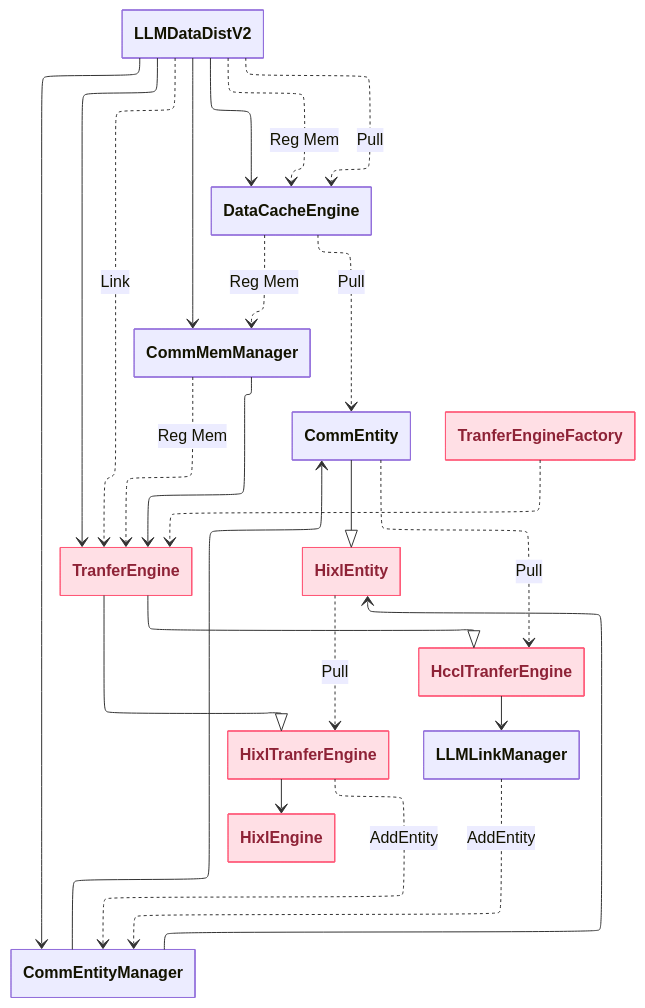
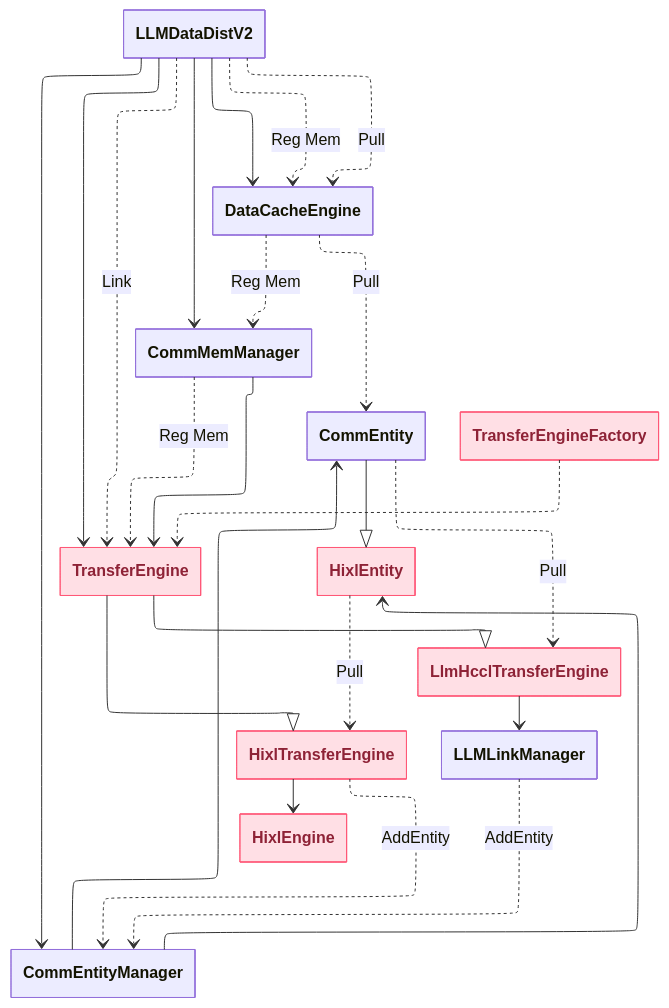
The second of 6 diagrams in docs/zh/design/LLM-DataDist支持hixl传输后端.md (hicann/hixl), drawn with Mermaid before and after one commit. The commit also changed other lines of this file and 53 other files, not shown here.

````diff
--- a/docs/zh/design/LLM-DataDist支持hixl传输后端.md
+++ b/docs/zh/design/LLM-DataDist支持hixl传输后端.md
@@ -170,45 +170,45 @@
 ```mermaid
 ---
 config:
   class:
     hideEmptyMembersBox: true
   theme: default
   layout: elk
 ---
 classDiagram
 direction TB
-    LLMDataDistV2 --> TranferEngine
+    LLMDataDistV2 --> TransferEngine
     LLMDataDistV2 --> DataCacheEngine
     LLMDataDistV2 --> CommEntityManager
     CommEntityManager --> CommEntity
     CommEntityManager --> HixlEntity
     LLMDataDistV2 --> CommMemManager
-    CommMemManager --> TranferEngine
-    TranferEngineFactory ..> TranferEngine
-    TranferEngine --|> HcclTranferEngine
-    TranferEngine --|> HixlTranferEngine
-    HcclTranferEngine --> LLMLinkManager
-    HixlTranferEngine --> HixlEngine
+    CommMemManager --> TransferEngine
+    TransferEngineFactory ..> TransferEngine
+    TransferEngine --|> LlmHcclTransferEngine
+    TransferEngine --|> HixlTransferEngine
+    LlmHcclTransferEngine --> LLMLinkManager
+    HixlTransferEngine --> HixlEngine
     CommEntity --|> HixlEntity
     LLMDataDistV2 ..> DataCacheEngine : Reg Mem
     DataCacheEngine ..> CommMemManager : Reg Mem
-    CommMemManager ..> TranferEngine : Reg Mem
-    LLMDataDistV2 ..> TranferEngine : Link
-    HixlTranferEngine ..> CommEntityManager : AddEntity
+    CommMemManager ..> TransferEngine : Reg Mem
+    LLMDataDistV2 ..> TransferEngine : Link
+    HixlTransferEngine ..> CommEntityManager : AddEntity
     LLMLinkManager ..> CommEntityManager : AddEntity
     LLMDataDistV2 ..> DataCacheEngine : Pull
     DataCacheEngine ..> CommEntity : Pull
-    CommEntity ..> HcclTranferEngine : Pull
-    HixlEntity ..> HixlTranferEngine : Pull
+    CommEntity ..> LlmHcclTransferEngine : Pull
+    HixlEntity ..> HixlTransferEngine : Pull
 
 	class HixlEntity:::Rose
-	class TranferEngine:::Rose
-	class HcclTranferEngine:::Rose
-	class TranferEngineFactory:::Rose
-	class HixlTranferEngine:::Rose
+	class TransferEngine:::Rose
+	class LlmHcclTransferEngine:::Rose
+	class TransferEngineFactory:::Rose
+	class HixlTransferEngine:::Rose
 	class HixlEngine:::Rose
 
 
 	classDef Rose :,stroke-width:1px,stroke-dasharray:none,stroke:#FF5978,fill:#FFDFE5,color:#8E2236,stroke-width:1px,stroke-dasharray:none,stroke:#FF5978,fill:#FFDFE5,color:#8E2236,stroke-width:1px,stroke-dasharray:none,stroke:#FF5978,fill:#FFDFE5,color:#8E2236,stroke-width:1px,stroke-dasharray:none,stroke:#FF5978,fill:#FFDFE5,color:#8E2236,stroke-width:1px,stroke-dasharray:none,stroke:#FF5978,fill:#FFDFE5,color:#8E2236,stroke-width:1px,stroke-dasharray:none,stroke:#FF5978,fill:#FFDFE5,color:#8E2236,stroke-width:1px,stroke-dasharray:none,stroke:#FF5978,fill:#FFDFE5,color:#8E2236,stroke-width:1px,stroke-dasharray:none,stroke:#FF5978,fill:#FFDFE5,color:#8E2236
 	classDef Aqua :,stroke-width:1px,stroke-dasharray:none,stroke:#46EDC8,fill:#DEFFF8,color:#378E7A
 ```
````
